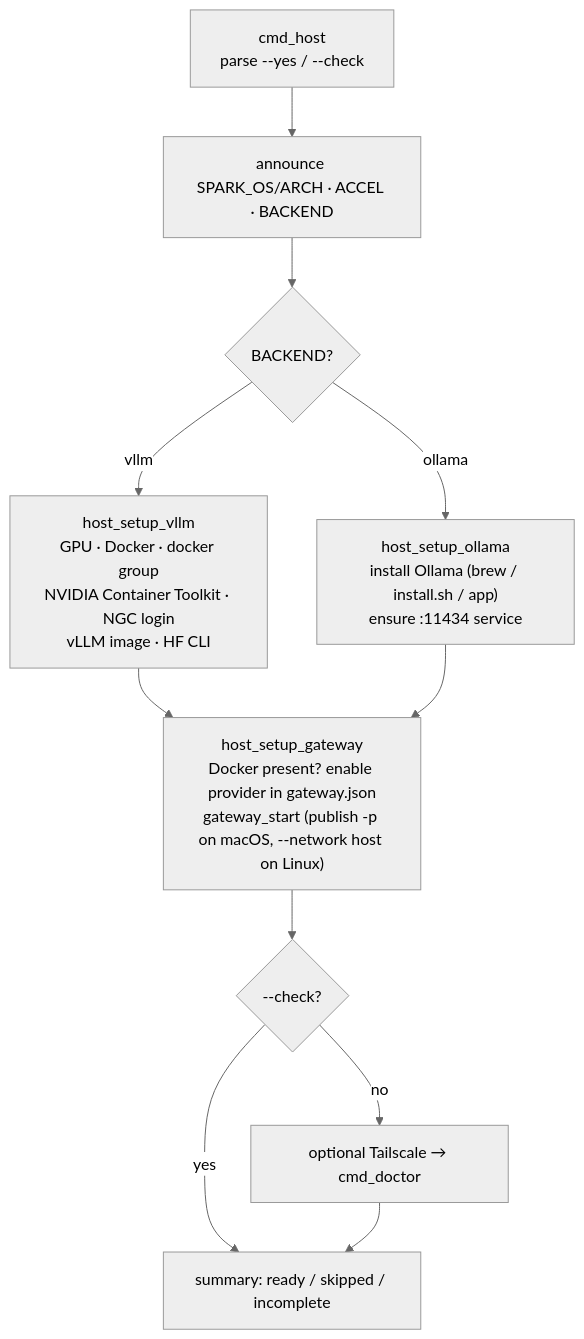
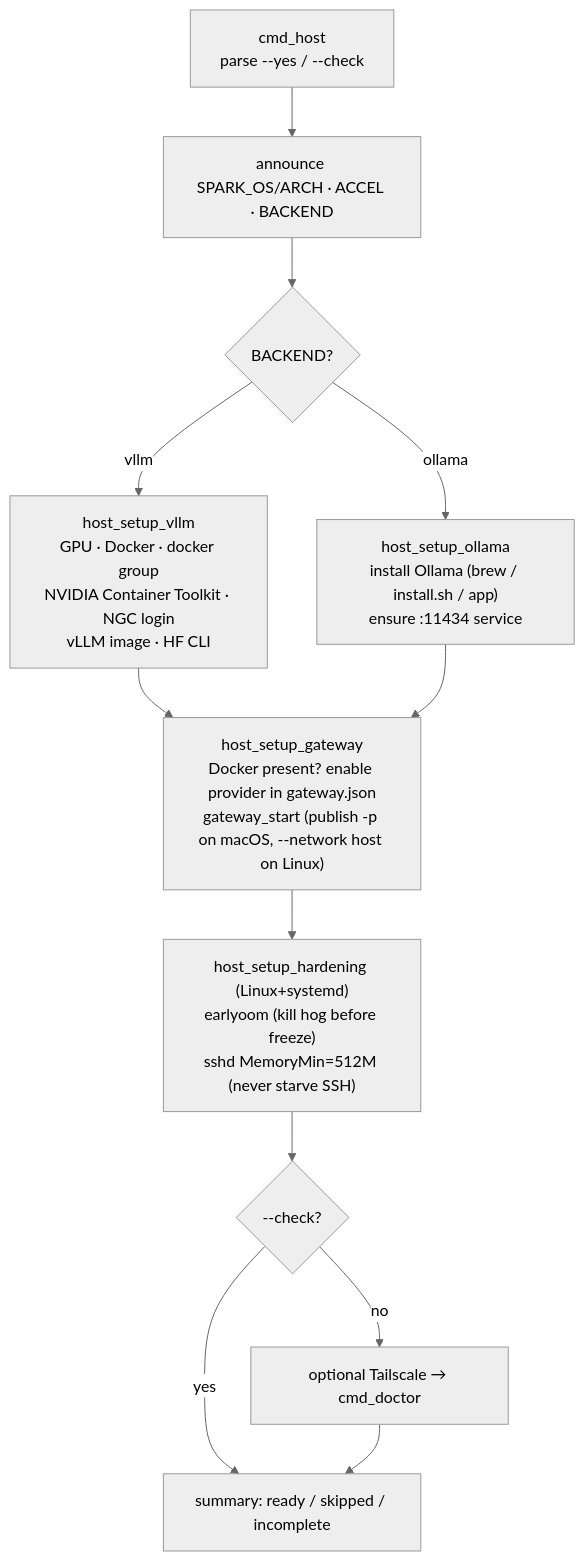
The fourth of 5 diagrams in docs/flow.md (massimo92/spark), drawn with Mermaid (neutral theme) before and after one commit. The commit also changed other lines of this file and 1 other file, not shown here.

Commit message:
docs: per-container --memory limit + spark host OS hardening
README: --no-mem-limit flag, the hard cgroup --memory limit (NEED×1.25,
SPARK_MEM_LIMIT_MARGIN_PCT), and the spark host hardening (earlyoom + sshd
MemoryMin) with a "freeze is now effectively impossible" note. flow.md: the
--memory in the run build node and a hardening node in the host flow.

````diff
--- a/docs/flow.md
+++ b/docs/flow.md
@@ -152,14 +152,15 @@
 ```mermaid
 flowchart TD
     h0["cmd_host\nparse --yes / --check"] --> hann["announce SPARK_OS/ARCH · ACCEL · BACKEND"]
     hann --> hfork{"BACKEND?"}
     hfork -->|vllm| hv["host_setup_vllm\nGPU · Docker · docker group\nNVIDIA Container Toolkit · NGC login\nvLLM image · HF CLI"]
     hfork -->|ollama| ho["host_setup_ollama\ninstall Ollama (brew / install.sh / app)\nensure :11434 service"]
     hv --> hgw
     ho --> hgw
     hgw["host_setup_gateway\nDocker present? enable provider in gateway.json\ngateway_start (publish -p on macOS, --network host on Linux)"]
-    hgw --> htail{"--check?"}
+    hgw --> hhard["host_setup_hardening (Linux+systemd)\nearlyoom (kill hog before freeze)\nsshd MemoryMin=512M (never starve SSH)"]
+    hhard --> htail{"--check?"}
     htail -->|no| htail2["optional Tailscale → cmd_doctor"]
     htail -->|yes| hsum
     htail2 --> hsum["summary: ready / skipped / incomplete"]
 ```
````
